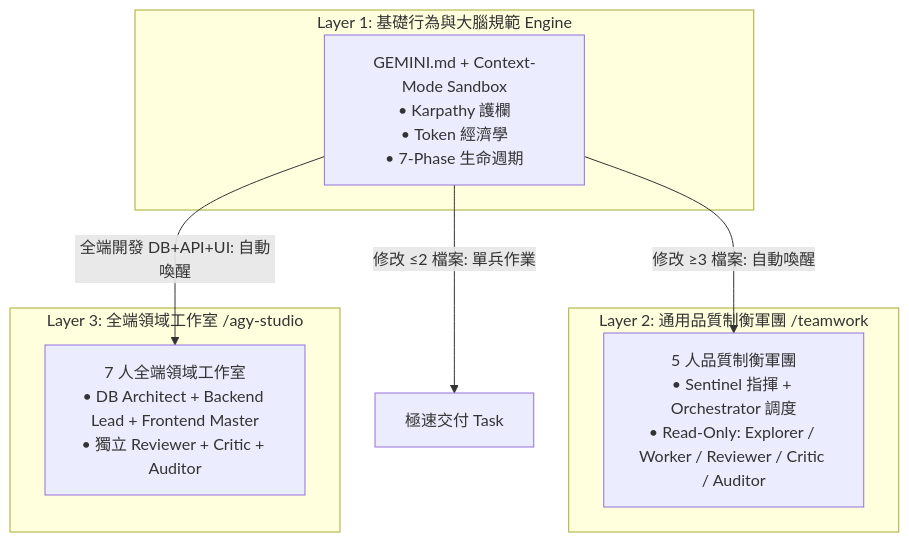
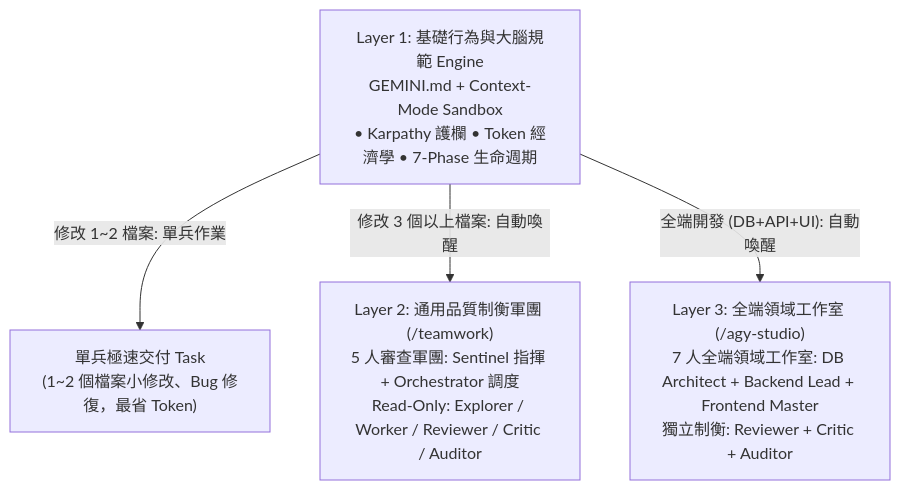
Before and after one commit to PingpowerTW/7-Phase-Agentic-Workflow: the fifth of 6 diagrams in README.md, drawn with Mermaid. The commit also changed other lines of this file and 1 other file, not shown here.

Commit message:
fix(mermaid): resolve GitHub rich display error 'Could not find a suitable point for the given distance' by replacing compound subgraph edges with standard node-to-node layout

````diff
--- a/README.md
+++ b/README.md
@@ -196,18 +177,11 @@
 ```mermaid
-graph TD
-    subgraph Layer1 ["Layer 1: 基礎行為與大腦規範 Engine"]
-        Base["GEMINI.md + Context-Mode Sandbox<br/>• Karpathy 護欄<br/>• Token 經濟學<br/>• 7-Phase 生命週期"]
-    end
+flowchart TD
+    Base["Layer 1: 基礎行為與大腦規範 Engine<br/>GEMINI.md + Context-Mode Sandbox<br/>• Karpathy 護欄 • Token 經濟學 • 7-Phase 生命週期"]
+    Task1["單兵極速交付 Task<br/>(1~2 個檔案小修改、Bug 修復，最省 Token)"]
+    TW["Layer 2: 通用品質制衡軍團 (/teamwork)<br/>5 人審查軍團: Sentinel 指揮 + Orchestrator 調度<br/>Read-Only: Explorer / Worker / Reviewer / Critic / Auditor"]
+    AGY["Layer 3: 全端領域工作室 (/agy-studio)<br/>7 人全端領域工作室: DB Architect + Backend Lead + Frontend Master<br/>獨立制衡: Reviewer + Critic + Auditor"]
 
-    subgraph Layer2 ["Layer 2: 通用品質制衡軍團 /teamwork"]
-        TW["5 人品質制衡軍團<br/>• Sentinel 指揮 + Orchestrator 調度<br/>• Read-Only: Explorer / Worker / Reviewer / Critic / Auditor"]
-    end
-
-    subgraph Layer3 ["Layer 3: 全端領域工作室 /agy-studio"]
-        AGY["7 人全端領域工作室<br/>• DB Architect + Backend Lead + Frontend Master<br/>• 獨立 Reviewer + Critic + Auditor"]
-    end
-
-    Base -->|"修改 ≤2 檔案: 單兵作業"| Task1["極速交付 Task"]
-    Base -->|"修改 ≥3 檔案: 自動喚醒"| TW
-    Base -->|"全端開發 DB+API+UI: 自動喚醒"| AGY
+    Base -->|"修改 1~2 檔案: 單兵作業"| Task1
+    Base -->|"修改 3 個以上檔案: 自動喚醒"| TW
+    Base -->|"全端開發 (DB+API+UI): 自動喚醒"| AGY
 ```
````
